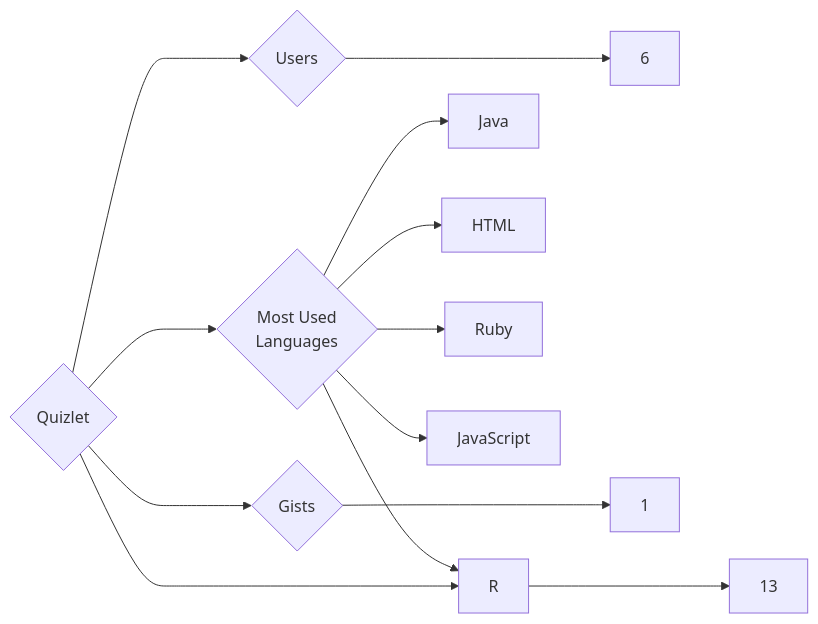
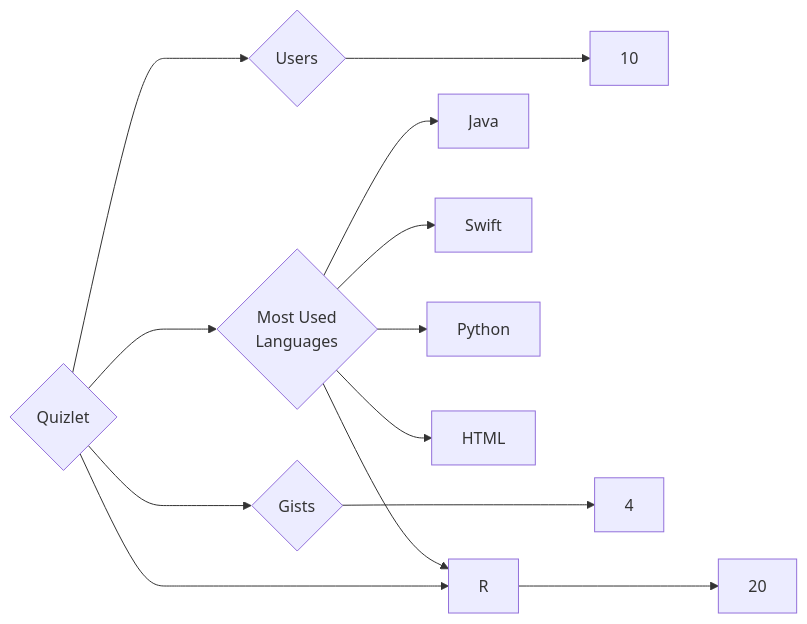
Before and after one commit to trickest/insiders: the diagram in targets/Quizlet/README.md, drawn with Mermaid. The commit also changed 1479 other files, not shown here.

````diff
--- a/targets/Quizlet/README.md
+++ b/targets/Quizlet/README.md
@@ -3,13 +3,13 @@
 ```mermaid
 graph LR
 COMPANY_NAME{Quizlet}
-COMPANY_NAME ---> U{Users} ---> UN[6]
-COMPANY_NAME ---> R{Repositories} ---> RN[13]
-COMPANY_NAME ---> G{Gists} ---> GN[1]
+COMPANY_NAME ---> U{Users} ---> UN[10]
+COMPANY_NAME ---> R{Repositories} ---> RN[20]
+COMPANY_NAME ---> G{Gists} ---> GN[4]
 COMPANY_NAME ---> ML{Most Used<br>Languages}
 ML --> Java[Java]
+ML --> Swift[Swift]
 ML --> R[R]
+ML --> Python[Python]
 ML --> HTML[HTML]
-ML --> Ruby[Ruby]
-ML --> JavaScript[JavaScript]
 ```
````
